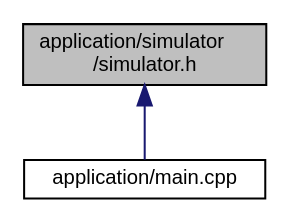
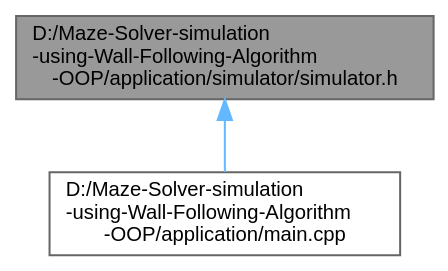
The diagram in docs/simulator_8h__dep__incl.dot (darshit-desai/Maze-Solver-simulation-using-Wall-Following-Algorithm-OOP), drawn with Graphviz before and after one commit. The commit also changed 381 other files, not shown here.

```diff
--- a/docs/simulator_8h__dep__incl.dot
+++ b/docs/simulator_8h__dep__incl.dot
@@ -1,9 +1,10 @@
-digraph "application/simulator/simulator.h"
+digraph "D:/Maze-Solver-simulation-using-Wall-Following-Algorithm-OOP/application/simulator/simulator.h"
 {
  // LATEX_PDF_SIZE
-  edge [fontname="Helvetica",fontsize="10",labelfontname="Helvetica",labelfontsize="10"];
-  node [fontname="Helvetica",fontsize="10",shape=record];
-  Node1 [label="application/simulator\l/simulator.h",height=0.2,width=0.4,color="black", fillcolor="grey75", style="filled", fontcolor="black",tooltip="Functions to control the robot and get information on the maze."];
-  Node1 -> Node2 [dir="back",color="midnightblue",fontsize="10",style="solid",fontname="Helvetica"];
-  Node2 [label="application/main.cpp",height=0.2,width=0.4,color="black", fillcolor="white", style="filled",URL="$main_8cpp.html",tooltip="This is the main class which is built in the Simulator and used to call all other classes."];
+  bgcolor="transparent";
+  edge [fontname=Helvetica,fontsize=10,labelfontname=Helvetica,labelfontsize=10];
+  node [fontname=Helvetica,fontsize=10,shape=box,height=0.2,width=0.4];
+  Node1 [id="Node000001",label="D:/Maze-Solver-simulation\l-using-Wall-Following-Algorithm\l-OOP/application/simulator/simulator.h",height=0.2,width=0.4,color="gray40", fillcolor="grey60", style="filled", fontcolor="black",tooltip="Functions to control the robot and get information on the maze."];
+  Node1 -> Node2 [id="edge1_Node000001_Node000002",dir="back",color="steelblue1",style="solid",tooltip=" "];
+  Node2 [id="Node000002",label="D:/Maze-Solver-simulation\l-using-Wall-Following-Algorithm\l-OOP/application/main.cpp",height=0.2,width=0.4,color="grey40", fillcolor="white", style="filled",URL="$main_8cpp.html",tooltip="This is the main class which is built in the Simulator and used to call all other classes."];
 }
```
